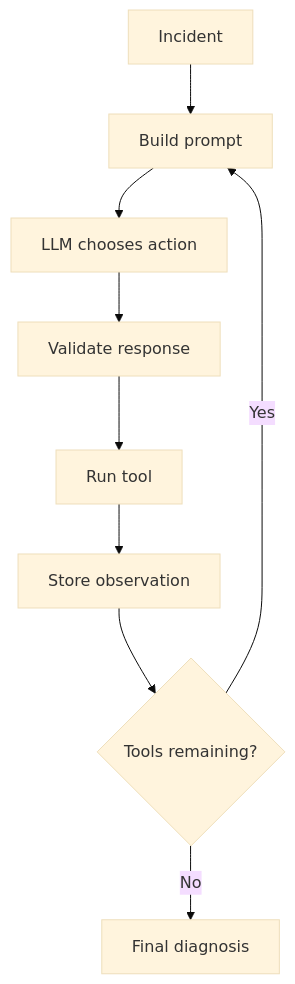
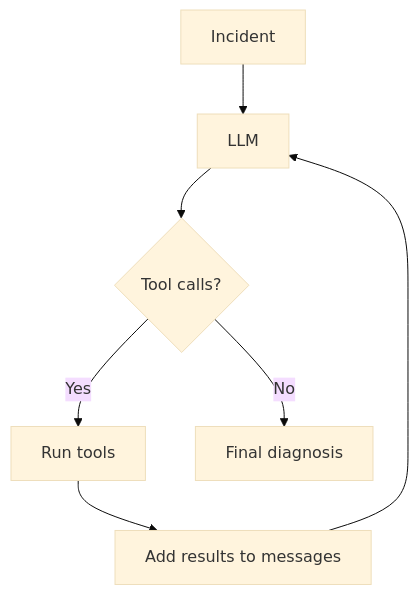
The diagram in README.md (walidjalil/agentic-incident-response), drawn with Mermaid (base theme) before and after one commit. The commit also changed other lines of this file, not shown here.

````diff
--- a/README.md
+++ b/README.md
@@ -47,11 +39,9 @@
 ```mermaid
 flowchart TD
-    A[Incident] --> B[Build prompt]
-    B --> C[LLM chooses action]
-    C --> D[Validate response]
-    D --> E[Run tool]
-    E --> F[Store observation]
-    F --> G{Tools remaining?}
-    G -->|Yes| B
-    G -->|No| H[Final diagnosis]
+    A[Incident] --> B[LLM]
+    B --> C{Tool calls?}
+    C -->|Yes| D[Run tools]
+    D --> E[Add results to messages]
+    E --> B
+    C -->|No| F[Final diagnosis]
 ```
````
